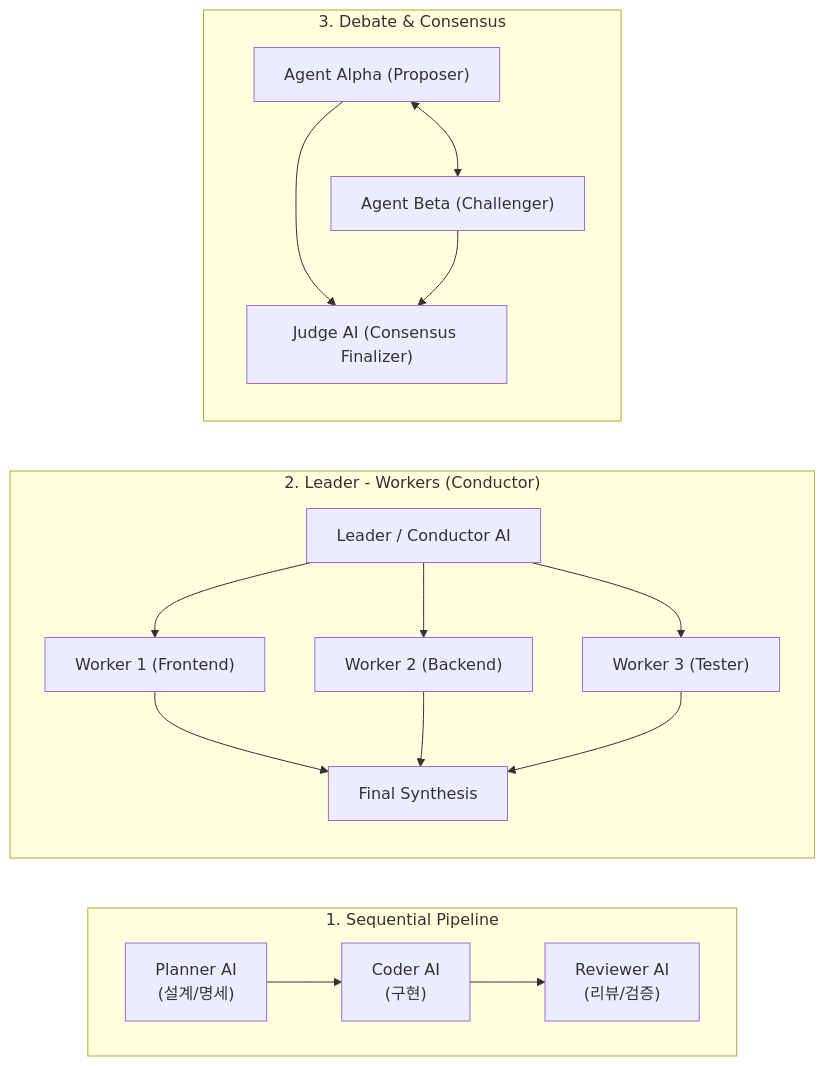
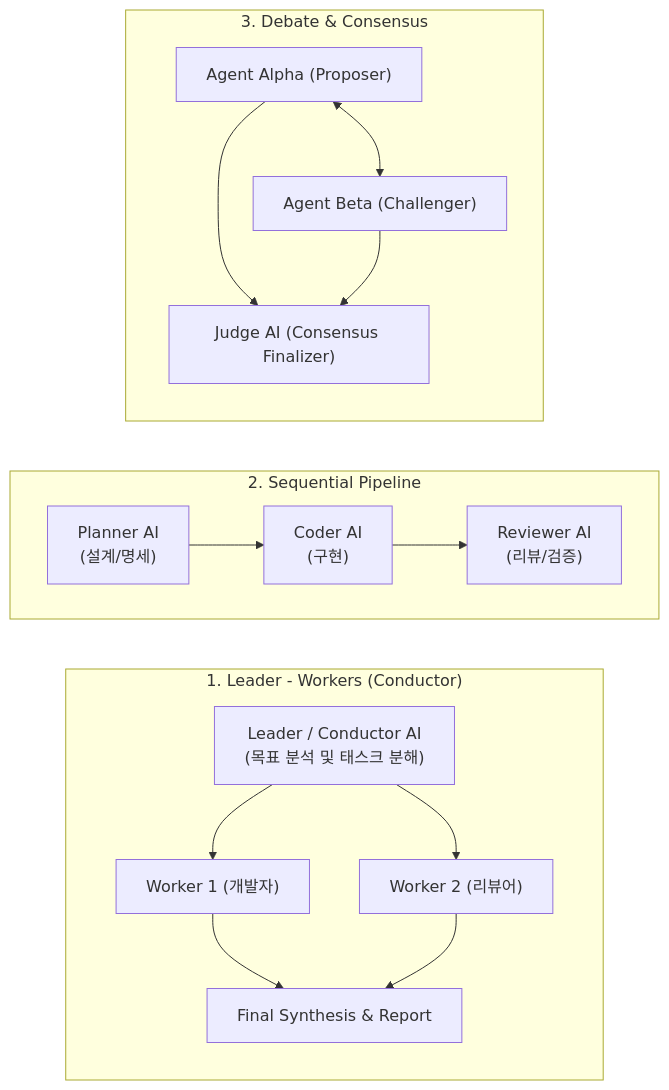
The second of 2 diagrams in docs/architecture.md (jaenimi-dev/ModueHarness), drawn with Mermaid before and after one commit. The commit also changed other lines of this file and 2 other files, not shown here.

````diff
--- a/docs/architecture.md
+++ b/docs/architecture.md
@@ -81,28 +107,25 @@
 ```mermaid
 flowchart LR
-    subgraph Topology1["1. Sequential Pipeline"]
+    subgraph Topology1["1. Leader - Workers (Conductor)"]
+        direction TB
+        L["Leader / Conductor AI\n(목표 분석 및 태스크 분해)"]
+        W1["Worker 1 (개발자)"]
+        W2["Worker 2 (리뷰어)"]
+        L --> W1
+        L --> W2
+        W1 --> S["Final Synthesis & Report"]
+        W2 --> S
+    end
+
+    subgraph Topology2["2. Sequential Pipeline"]
         direction LR
         P1["Planner AI\n(설계/명세)"] --> C1["Coder AI\n(구현)"] --> R1["Reviewer AI\n(리뷰/검증)"]
-    end
-
-    subgraph Topology2["2. Leader - Workers (Conductor)"]
-        direction TB
-        L["Leader / Conductor AI"]
-        W1["Worker 1 (Frontend)"]
-        W2["Worker 2 (Backend)"]
-        W3["Worker 3 (Tester)"]
-        L --> W1
-        L --> W2
-        L --> W3
-        W1 --> S["Final Synthesis"]
-        W2 --> S
-        W3 --> S
     end
 
     subgraph Topology3["3. Debate & Consensus"]
         direction TB
         A["Agent Alpha (Proposer)"] <--> B["Agent Beta (Challenger)"]
         A --> J["Judge AI (Consensus Finalizer)"]
         B --> J
     end
 ```
````
